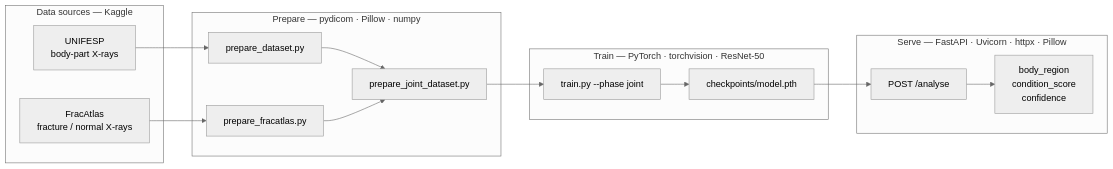
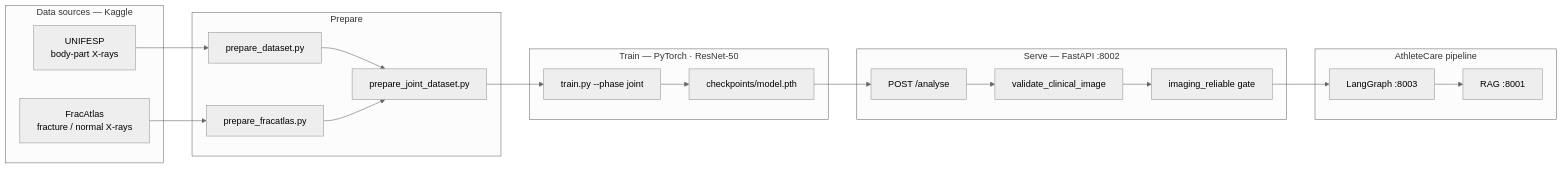
Before and after one commit to adim806/AtheleteCare-Final-Project: the second of 2 diagrams in Image-Analyser-Service/README.md, drawn with Mermaid (neutral theme). The commit also changed other lines of this file and 16 other files, not shown here.

````diff
--- a/Image-Analyser-Service/README.md
+++ b/Image-Analyser-Service/README.md
@@ -85,32 +236,41 @@
 ```mermaid
 flowchart LR
   subgraph sources [Data sources — Kaggle]
     U[UNIFESP<br/>body-part X-rays]
     F[FracAtlas<br/>fracture / normal X-rays]
   end
 
-  subgraph prep [Prepare — pydicom · Pillow · numpy]
+  subgraph prep [Prepare]
     P1[prepare_dataset.py]
     P2[prepare_fracatlas.py]
     P3[prepare_joint_dataset.py]
   end
 
-  subgraph train [Train — PyTorch · torchvision · ResNet-50]
+  subgraph train [Train — PyTorch · ResNet-50]
     T[train.py --phase joint]
     CK[checkpoints/model.pth]
   end
 
-  subgraph api [Serve — FastAPI · Uvicorn · httpx · Pillow]
+  subgraph api [Serve — FastAPI :8002]
+    V[validate_clinical_image]
     A[POST /analyse]
-    OUT["body_region<br/>condition_score<br/>confidence"]
+    G[imaging_reliable gate]
+  end
+
+  subgraph downstream [AthleteCare pipeline]
+    LG[LangGraph :8003]
+    RAG[RAG :8001]
   end
 
   U --> P1
   F --> P2
   P1 --> P3
   P2 --> P3
   P3 --> T
   T --> CK
   CK --> A
-  A --> OUT
+  A --> V
+  V --> G
+  G --> LG
+  LG --> RAG
 ```
````
